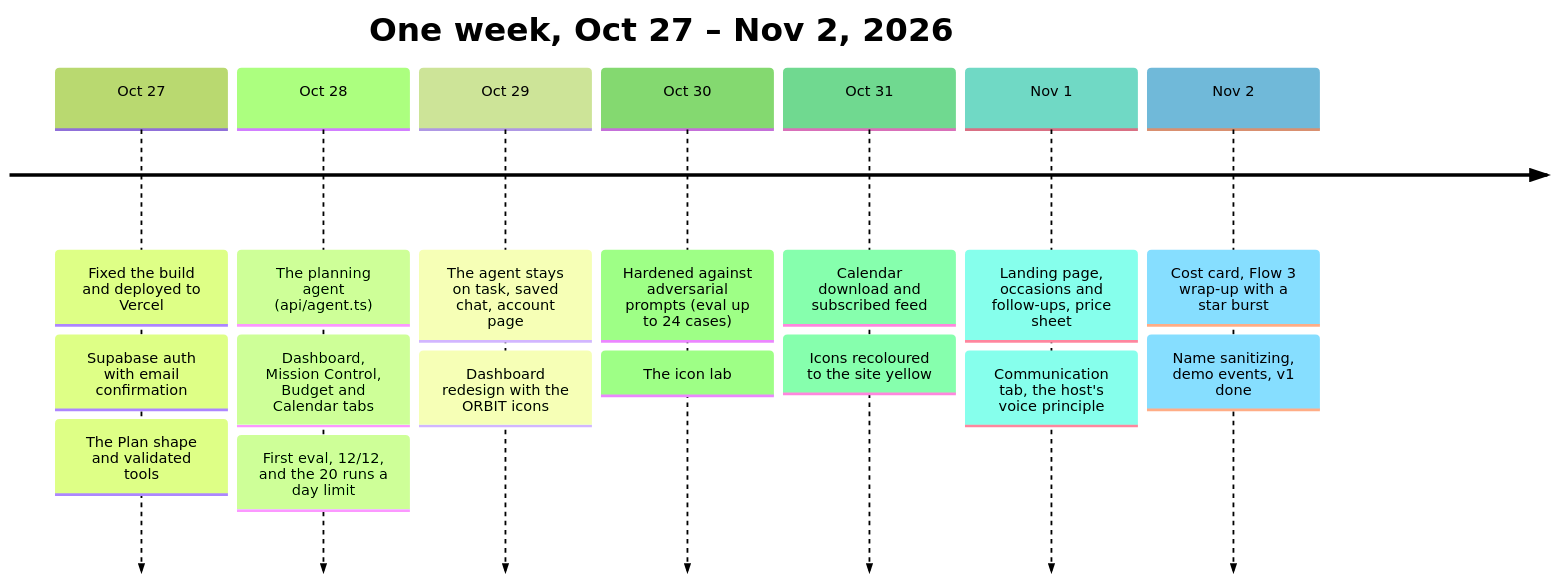
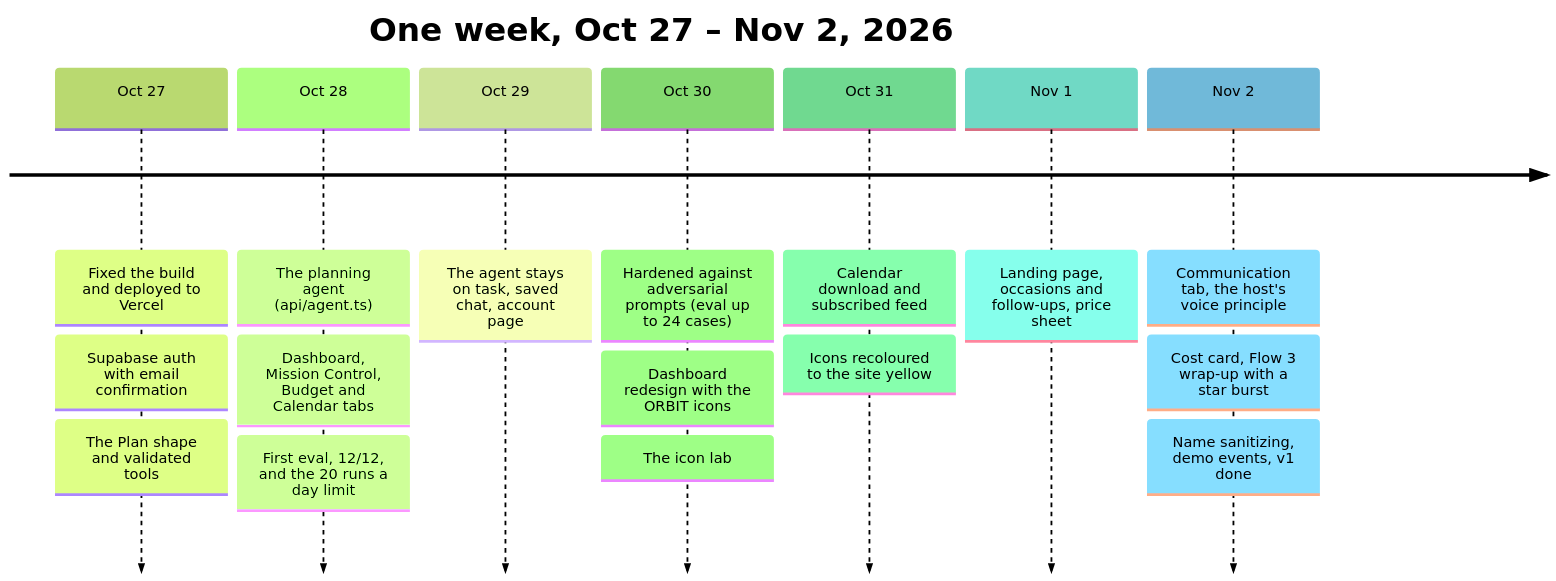
One commit to mitzitler/planit changed the fourth of 4 diagrams in README.md. Above: the diagram before and after it, drawn with Mermaid (forest theme). The commit also changed other lines of this file and 3 other files, not shown here.

````diff
--- a/README.md
+++ b/README.md
@@ -212,20 +223,20 @@
 ```mermaid
 timeline
     title One week, Oct 27 – Nov 2, 2026
     Oct 27 : Fixed the build and deployed to Vercel
            : Supabase auth with email confirmation
            : The Plan shape and validated tools
     Oct 28 : The planning agent (api/agent.ts)
            : Dashboard, Mission Control, Budget and Calendar tabs
            : First eval, 12/12, and the 20 runs a day limit
     Oct 29 : The agent stays on task, saved chat, account page
+    Oct 30 : Hardened against adversarial prompts (eval up to 24 cases)
            : Dashboard redesign with the ORBIT icons
-    Oct 30 : Hardened against adversarial prompts (eval up to 24 cases)
            : The icon lab
     Oct 31 : Calendar download and subscribed feed
            : Icons recoloured to the site yellow
     Nov 1  : Landing page, occasions and follow-ups, price sheet
-           : Communication tab, the host's voice principle
-    Nov 2  : Cost card, Flow 3 wrap-up with a star burst
+    Nov 2  : Communication tab, the host's voice principle
+           : Cost card, Flow 3 wrap-up with a star burst
            : Name sanitizing, demo events, v1 done
 ```
````
